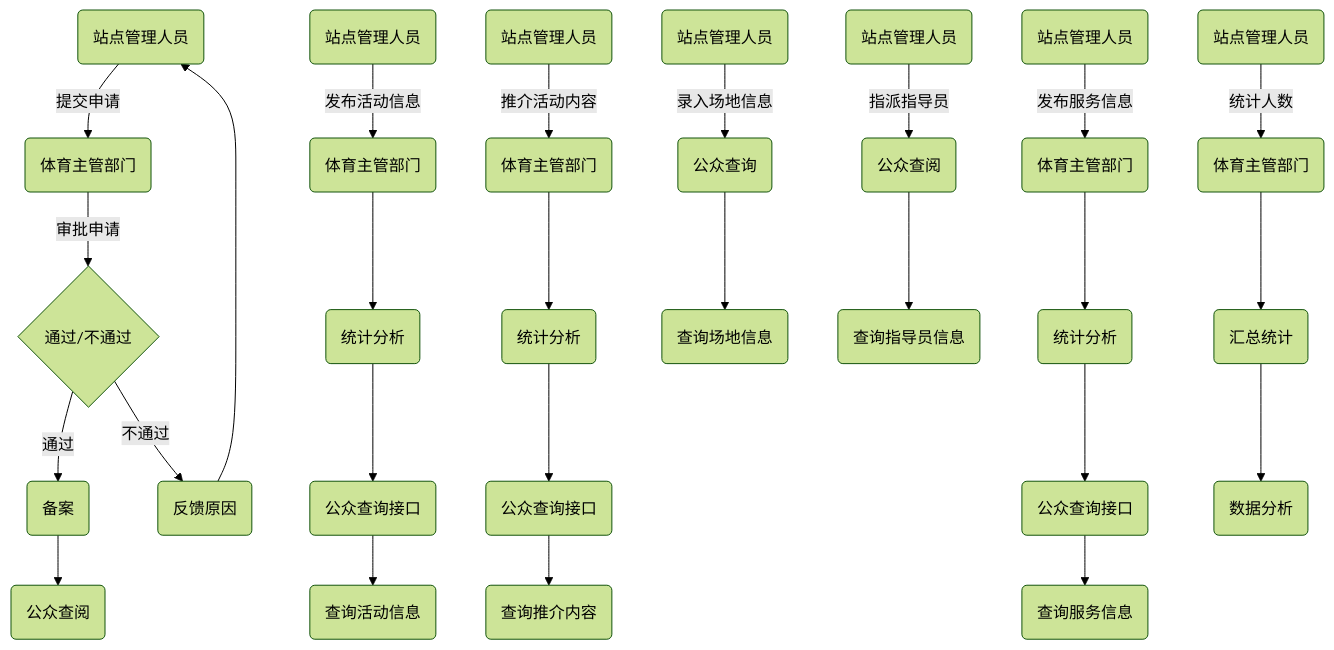
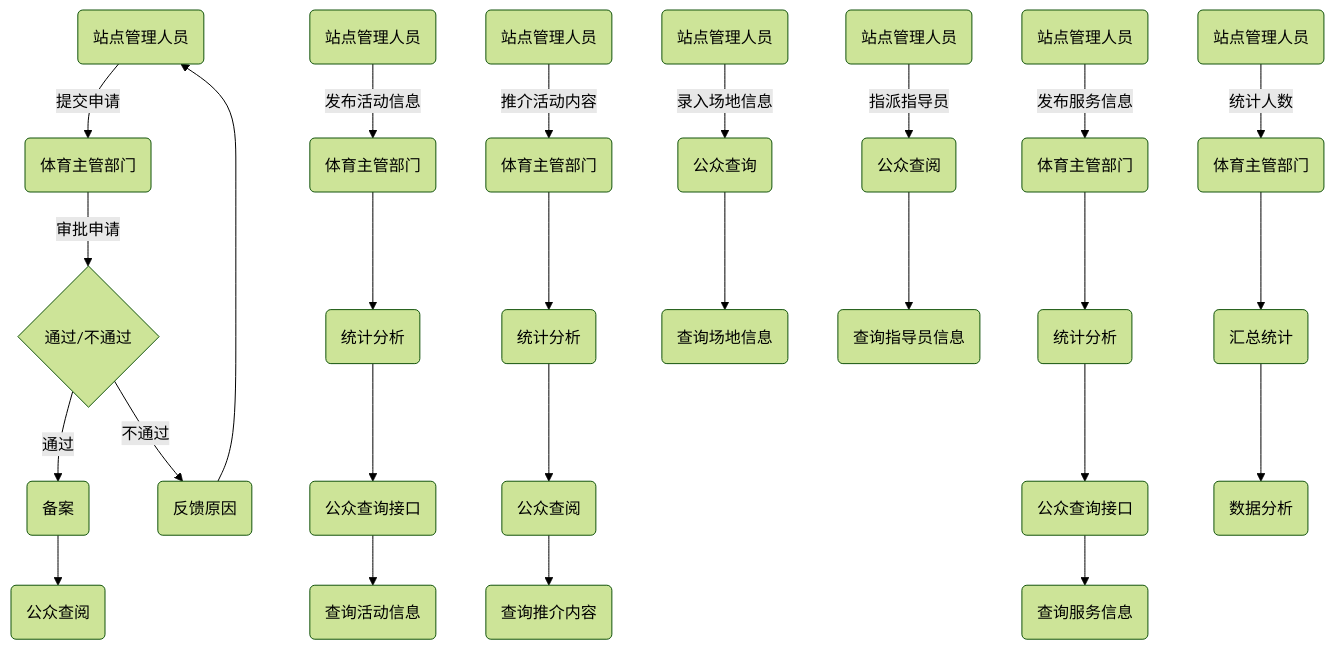
The diagram in all/未命名-1.md (miaozjs/iodraw-files), drawn with Mermaid (forest theme) before and after one commit.

Commit message:
2024-06-13 17:26:17 update

````diff
--- a/all/未命名-1.md
+++ b/all/未命名-1.md
@@ -1,35 +1,35 @@
 ```mermaid
 graph TD
     A1(站点管理人员) -->|提交申请| A2(体育主管部门)
     A2 -->|审批申请| A3{通过/不通过}
     A3 -->|通过| A4(备案)
     A3 -->|不通过| A5(反馈原因)
     A4 --> A6(公众查阅)
     A5 --> A1
 
     B1(站点管理人员) -->|发布活动信息| B2(体育主管部门)
     B2 --> B3(统计分析)
     B3 --> B4(公众查询接口)
     B4 --> B5(查询活动信息)
 
     C1(站点管理人员) -->|推介活动内容| C2(体育主管部门)
     C2 --> C3(统计分析)
-    C3 --> C4(公众查询接口)
+    C3 --> C4(公众查阅)
     C4 --> C5(查询推介内容)
 
     D1(站点管理人员) -->|发布服务信息| D2(体育主管部门)
     D2 --> D3(统计分析)
     D3 --> D4(公众查询接口)
     D4 --> D5(查询服务信息)
 
     E1(站点管理人员) -->|录入场地信息| E4(公众查询)
     E4 --> E6(查询场地信息)
 
     F1(站点管理人员) -->|指派指导员| F4(公众查阅)
     F4 --> F6(查询指导员信息)
 
     G1(站点管理人员) -->|统计人数| G2(体育主管部门)
     G2 --> G3(汇总统计)
     G3 --> G4(数据分析)
 
 ```
````
